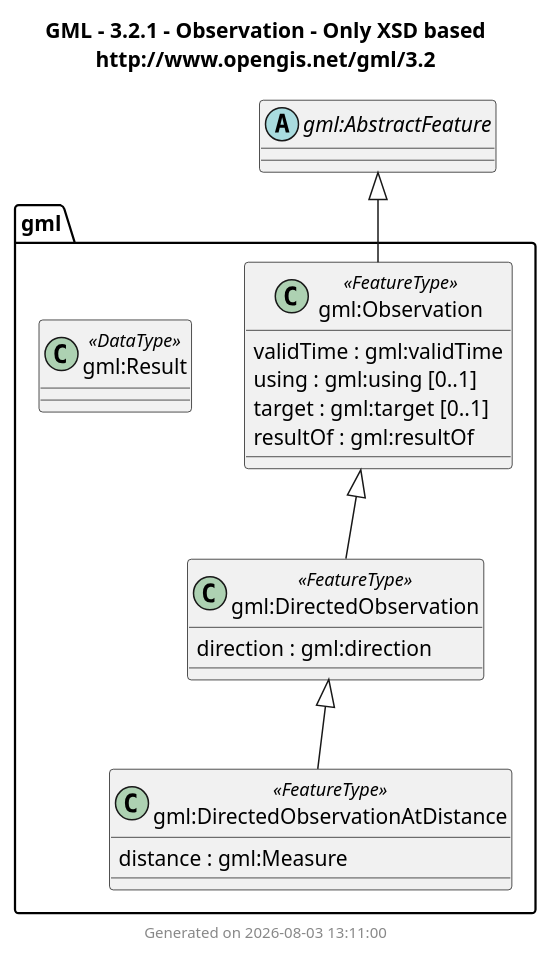
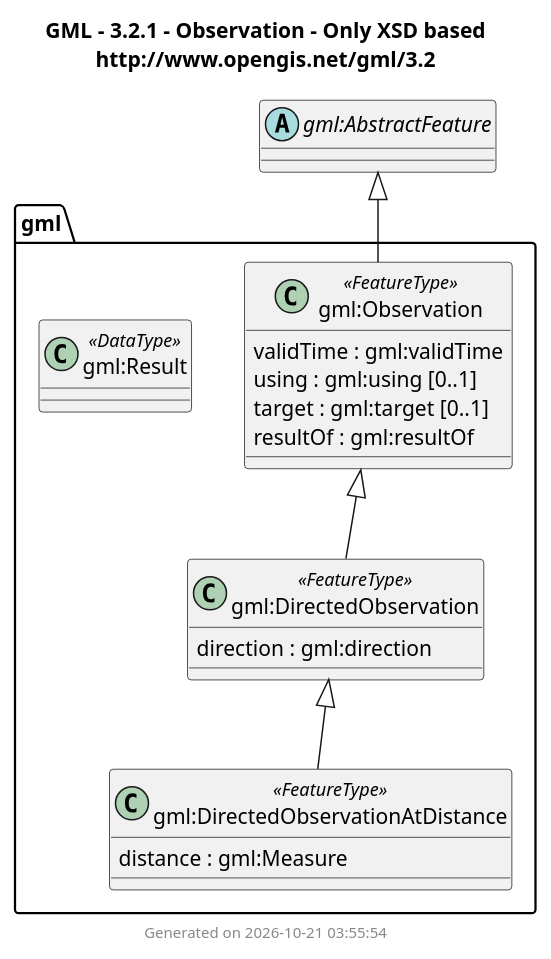
The diagram in docs/output/GML/3.2.1/UMLClassDiagram/observation.puml (muratkendir/every-class), drawn with PlantUML before and after one commit. The commit also changed 37 other files, not shown here.

Commit message:
cross-compilation diagram generation added.

```diff
--- a/docs/output/GML/3.2.1/UMLClassDiagram/observation.puml
+++ b/docs/output/GML/3.2.1/UMLClassDiagram/observation.puml
@@ -1,42 +1,42 @@
 @startuml
 title
   GML - 3.2.1 - Observation - Only XSD based
   http://www.opengis.net/gml/3.2
 end title
 
 package gml {
-class "gml:Observation" <<FeatureType>> {
+class "gml:Observation" as gml_Observation <<FeatureType>> {
   validTime : gml:validTime
   using : gml:using [0..1]
   target : gml:target [0..1]
   resultOf : gml:resultOf
 }
-class "gml:ProcedureProperty" $property {
+class "gml:ProcedureProperty" as gml_ProcedureProperty $property {
   AbstractFeature : gml:AbstractFeature
 }
-class "gml:TargetProperty" $property {
+class "gml:TargetProperty" as gml_TargetProperty $property {
   AbstractFeature : gml:AbstractFeature
   AbstractGeometry : gml:AbstractGeometry
 }
-class "gml:Result" <<DataType>>
-class "gml:DirectedObservation" <<FeatureType>> {
+class "gml:Result" as gml_Result <<DataType>>
+class "gml:DirectedObservation" as gml_DirectedObservation <<FeatureType>> {
   direction : gml:direction
 }
-class "gml:DirectedObservationAtDistance" <<FeatureType>> {
+class "gml:DirectedObservationAtDistance" as gml_DirectedObservationAtDistance <<FeatureType>> {
   distance : gml:Measure
 }
 }
 
 ' External types (unresolved namespaces)
-abstract class "gml:AbstractFeature"
+abstract class "gml:AbstractFeature" as gml_AbstractFeature
 
-"gml:AbstractFeature" <|-- "gml:Observation"
-"gml:Observation" <|-- "gml:DirectedObservation"
-"gml:DirectedObservation" <|-- "gml:DirectedObservationAtDistance"
+"gml_AbstractFeature" <|-- "gml_Observation"
+"gml_Observation" <|-- "gml_DirectedObservation"
+"gml_DirectedObservation" <|-- "gml_DirectedObservationAtDistance"
 
 ' Property pseudo-classes are removed from rendering by default;
 ' remove the next line to show them.
 remove $property
 
-footer Generated on 2026-08-03 13:11:00
+footer Generated on 2026-10-21 03:55:54
 @enduml
```
